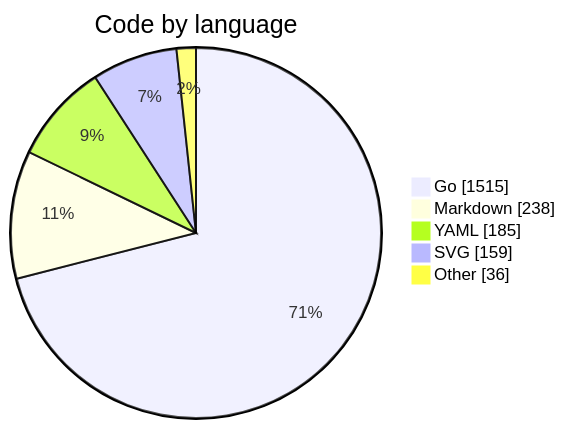
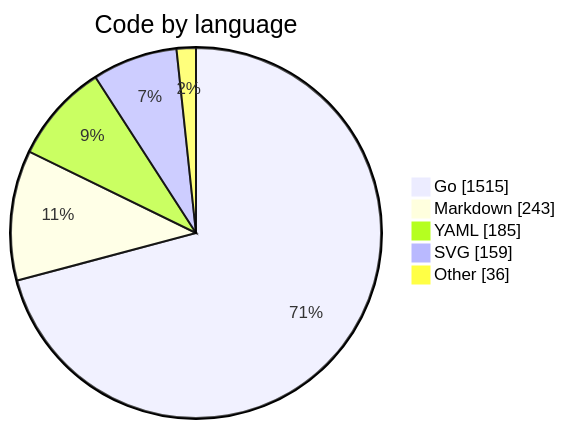
The diagram in README.md (binRick/pal), drawn with Mermaid before and after one commit. The commit also changed other lines of this file and 1 other file, not shown here.

````diff
--- a/README.md
+++ b/README.md
@@ -286,9 +293,9 @@
 ```mermaid
 pie showData
     title Code by language
     "Go" : 1515
-    "Markdown" : 238
+    "Markdown" : 243
     "YAML" : 185
     "SVG" : 159
     "Other" : 36
 ```
````
